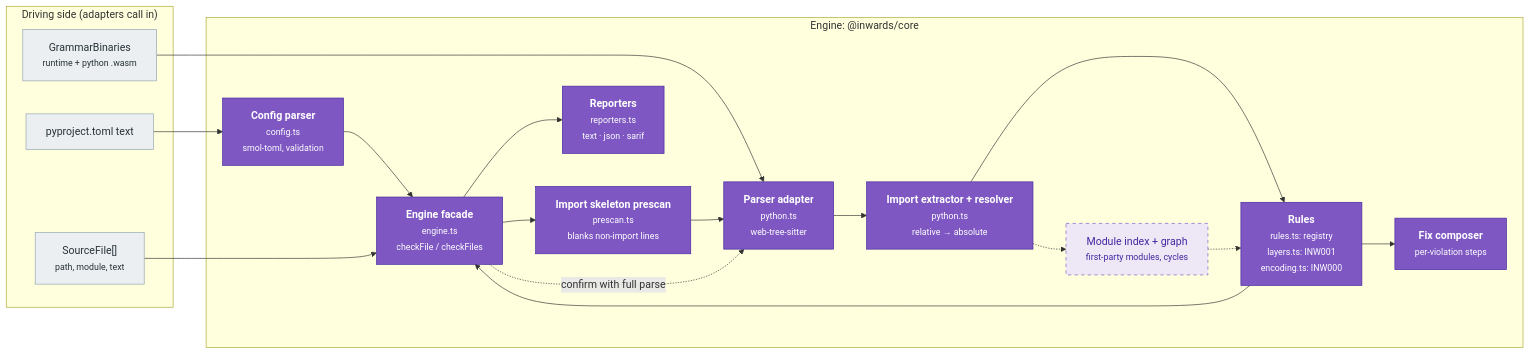
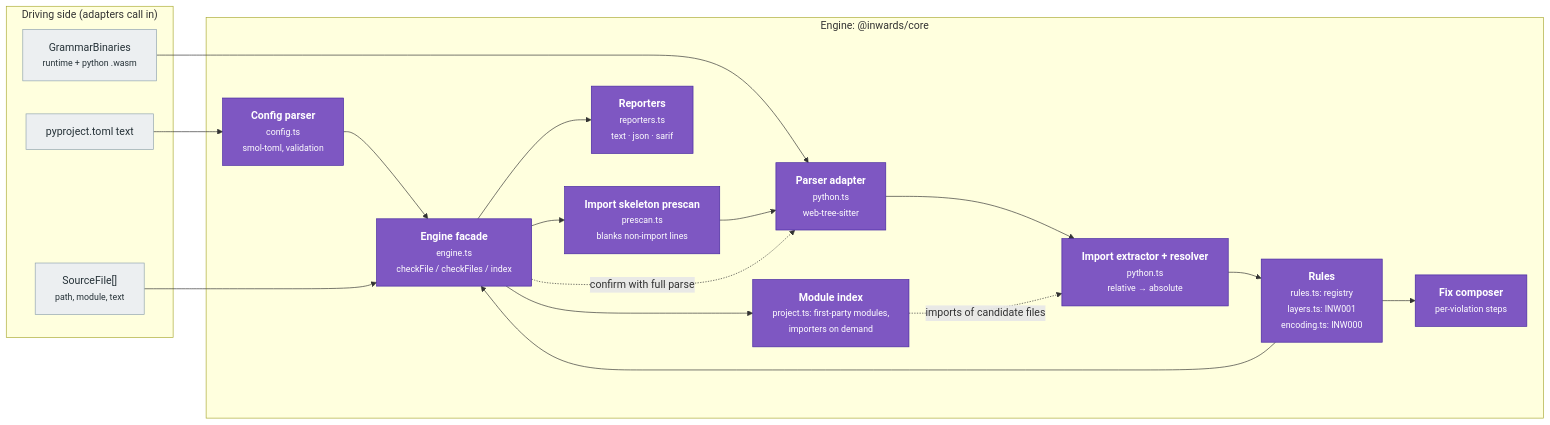
The third of 6 diagrams in docs/chapters/03-Architecture-C4.md (SirCypkowskyy/inwards), drawn with Mermaid before and after one commit. The commit also changed other lines of this file and 8 other files, not shown here.

First line of the commit message:
Module index: every first-party module, importers on demand

````diff
--- a/docs/chapters/03-Architecture-C4.md
+++ b/docs/chapters/03-Architecture-C4.md
@@ -108,37 +108,37 @@
 ```mermaid
 flowchart LR
     subgraph driving["Driving side (adapters call in)"]
         files["SourceFile[]<br/><small>path, module, text</small>"]
         cfgtext["pyproject.toml text"]
         wasm["GrammarBinaries<br/><small>runtime + python .wasm</small>"]
     end
 
     subgraph enginebox["Engine: @inwards/core"]
         config["<b>Config parser</b><br/><small>config.ts<br/>smol-toml, validation</small>"]
         pre["<b>Import skeleton prescan</b><br/><small>prescan.ts<br/>blanks non-import lines</small>"]
         parser["<b>Parser adapter</b><br/><small>python.ts<br/>web-tree-sitter</small>"]
         extract["<b>Import extractor + resolver</b><br/><small>python.ts<br/>relative → absolute</small>"]
         rules["<b>Rules</b><br/><small>rules.ts: registry<br/>layers.ts: INW001<br/>encoding.ts: INW000</small>"]
         fix["<b>Fix composer</b><br/><small>per-violation steps</small>"]
         report["<b>Reporters</b><br/><small>reporters.ts<br/>text · json · sarif</small>"]
-        engine["<b>Engine facade</b><br/><small>engine.ts<br/>checkFile / checkFiles</small>"]
-        modgraph["Module index + graph<br/><small>first-party modules, cycles</small>"]
+        engine["<b>Engine facade</b><br/><small>engine.ts<br/>checkFile / checkFiles / index</small>"]
+        modgraph["<b>Module index</b><br/><small>project.ts: first-party modules,<br/>importers on demand</small>"]
     end
 
     cfgtext --> config --> engine
     wasm --> parser
     files --> engine
     engine --> pre --> parser --> extract --> rules
     rules --> fix
     rules --> engine
     engine -. "confirm with full parse" .-> parser
-    extract -.-> modgraph -.-> rules
+    engine --> modgraph
+    modgraph -. "imports of candidate files" .-> extract
     engine --> report
 
     classDef comp fill:#7e57c2,color:#fff,stroke:#4527a0
     classDef planned fill:#ede7f6,color:#4527a0,stroke:#7e57c2,stroke-dasharray:5 5
     classDef port fill:#eceff1,color:#263238,stroke:#90a4ae
-    class config,pre,parser,extract,rules,fix,report,engine comp
-    class modgraph planned
+    class config,pre,parser,extract,rules,fix,report,engine,modgraph comp
     class files,cfgtext,wasm port
 ```
````
